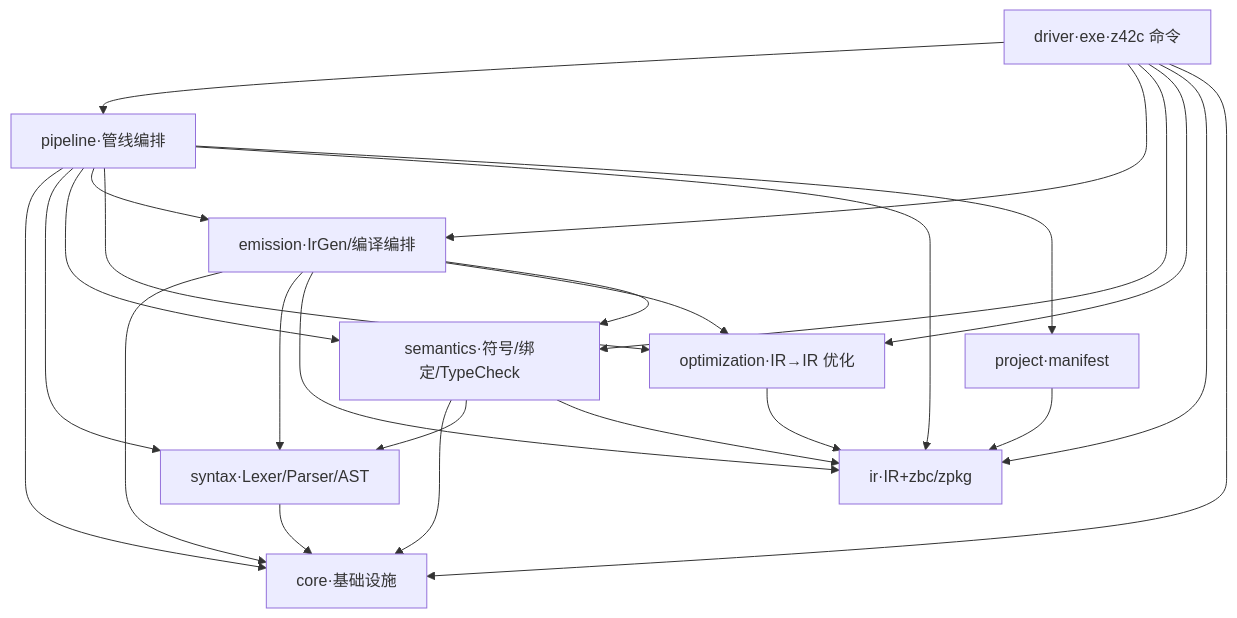
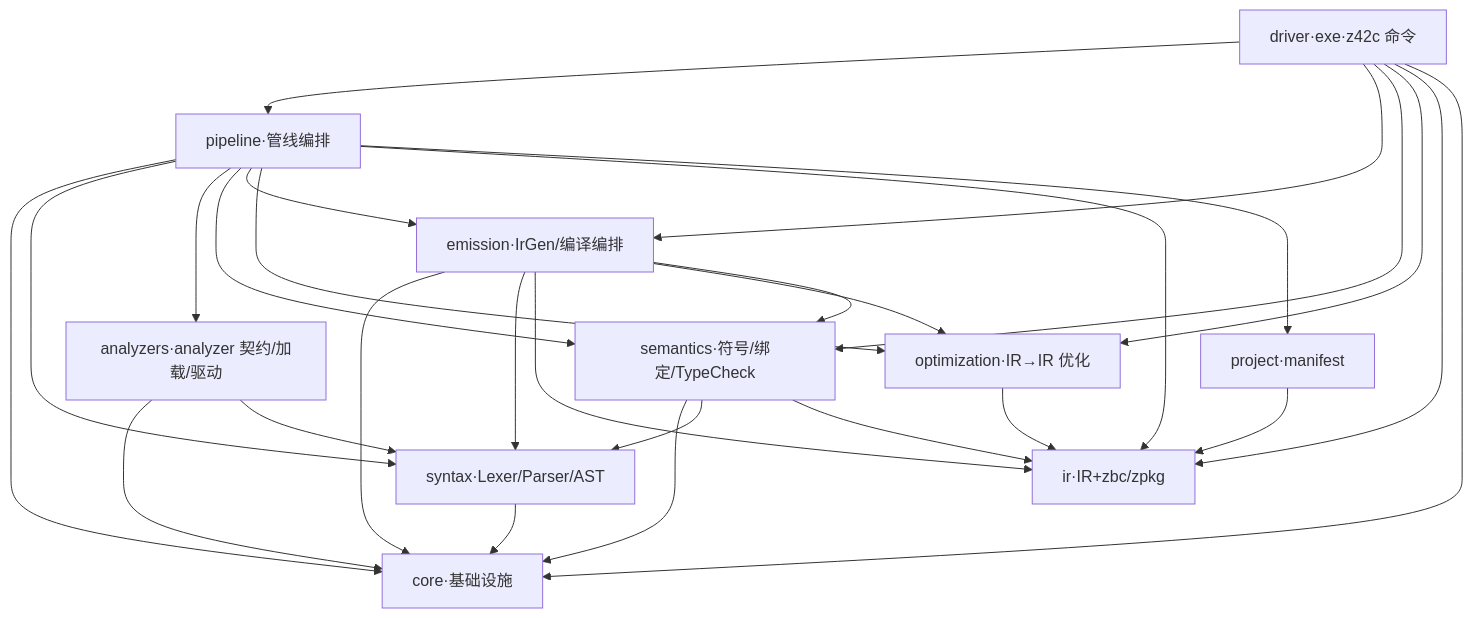
One commit to z42-lang/z42 changed the second of 3 diagrams in docs/internals/src/compiler/architecture.md. Above: the diagram before and after it, drawn with Mermaid. The commit also changed other lines of this file and 29 other files, not shown here.

First line of the commit message:
refactor(z42c): analyzer 拆成独立包 z42c.analyzers；SuppressionSet 下沉 z42c.syntax

````diff
--- a/docs/internals/src/compiler/architecture.md
+++ b/docs/internals/src/compiler/architecture.md
@@ -23,12 +23,13 @@
 ```mermaid
 graph TD
     core[core·基础设施]
     ir[ir·IR+zbc/zpkg]
     syntax[syntax·Lexer/Parser/AST] --> core
+    analyzers[analyzers·analyzer 契约/加载/驱动] --> core & syntax
     project[project·manifest] --> ir
     optimization[optimization·IR→IR 优化] --> ir
     semantics[semantics·符号/绑定/TypeCheck] --> core & syntax & ir
     emission[emission·IrGen/编译编排] --> core & syntax & ir & optimization & semantics
-    pipeline[pipeline·管线编排] --> core & syntax & semantics & emission & optimization & ir & project
+    pipeline[pipeline·管线编排] --> core & syntax & analyzers & semantics & emission & optimization & ir & project
     driver[driver·exe·z42c 命令] --> pipeline & emission & semantics & optimization & ir & core
 ```
````
